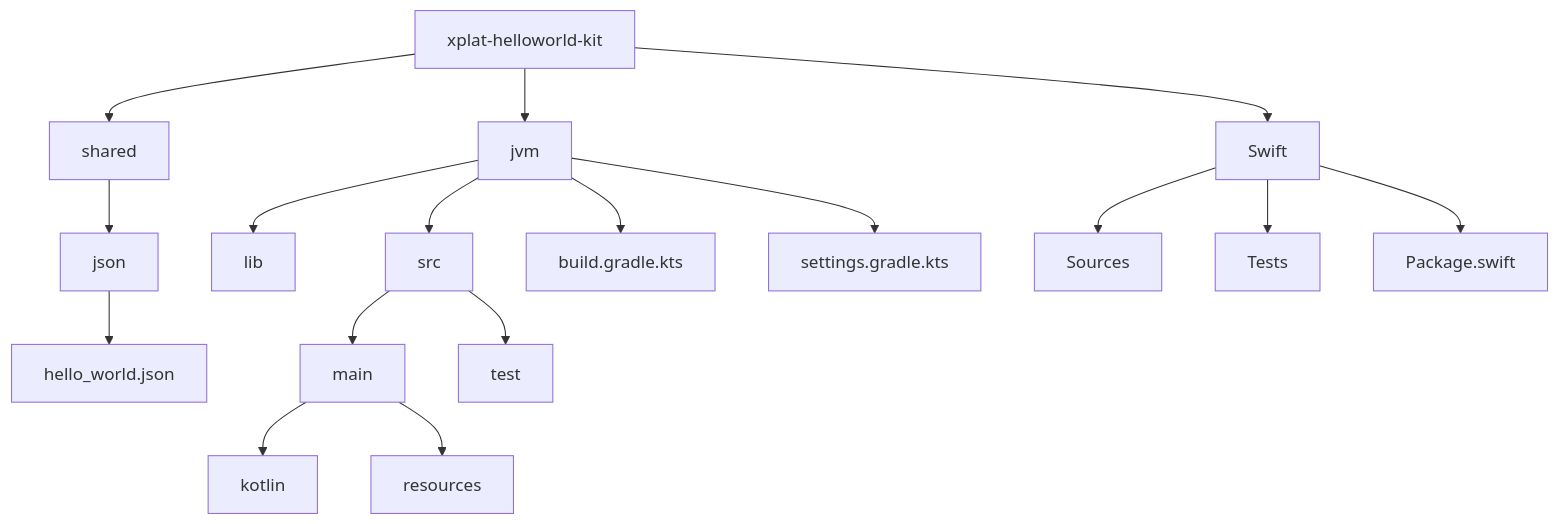
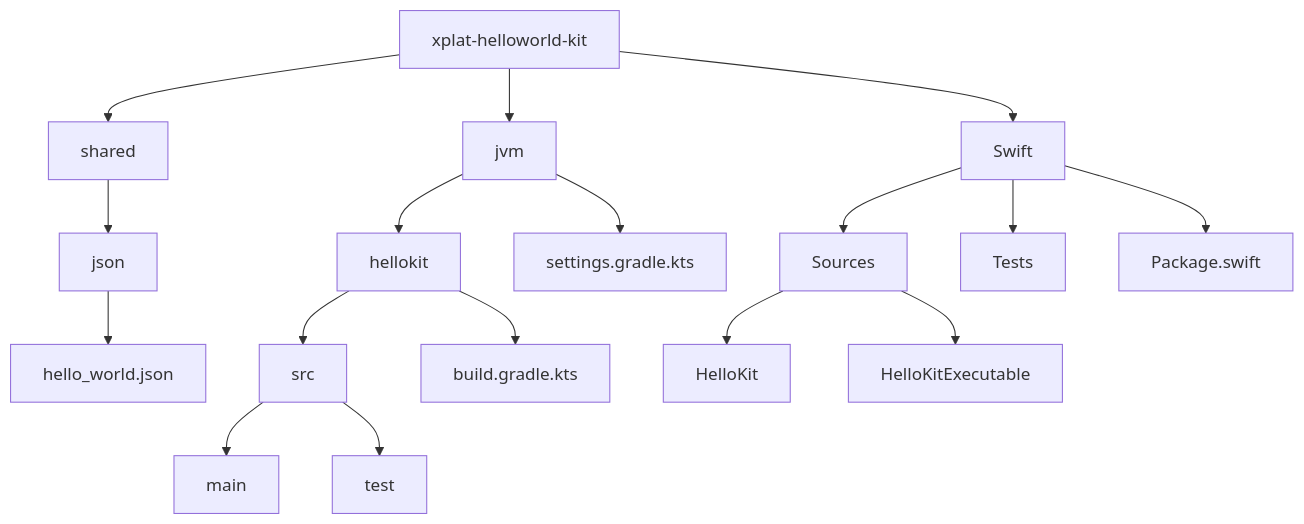
Before and after one commit to baksha97/xplat-helloworld-kit: the diagram in README.md, drawn with Mermaid. The commit also changed 4 other files, not shown here.

````diff
--- a/README.md
+++ b/README.md
@@ -22,25 +22,25 @@
 ```mermaid
 graph TD;
     root[xplat-helloworld-kit]
     root --> jvm[jvm]
     root --> shared[shared]
     root --> swift[Swift]
     
     shared --> json[json]
     json --> hello_world[hello_world.json]
     
-    jvm --> lib_jvm[lib]
-    jvm --> src_jvm[src]
-    jvm --> build_kts[build.gradle.kts]
+    jvm --> hellokit[hellokit]
     jvm --> settings_kts[settings.gradle.kts]
+    hellokit --> src_jvm[src]
+    hellokit --> build_kts[build.gradle.kts]
 
     src_jvm --> main_jvm[main]
     src_jvm --> test_jvm[test]
     
-    main_jvm --> kotlin_main[kotlin]
-    main_jvm --> resources[resources]
     
     swift --> sources[Sources]
+    sources --> hello_kit[HelloKit]
+    sources --> hello_kit_exe[HelloKitExecutable]
     swift --> tests[Tests]
     swift --> package[Package.swift]
 ```
````
